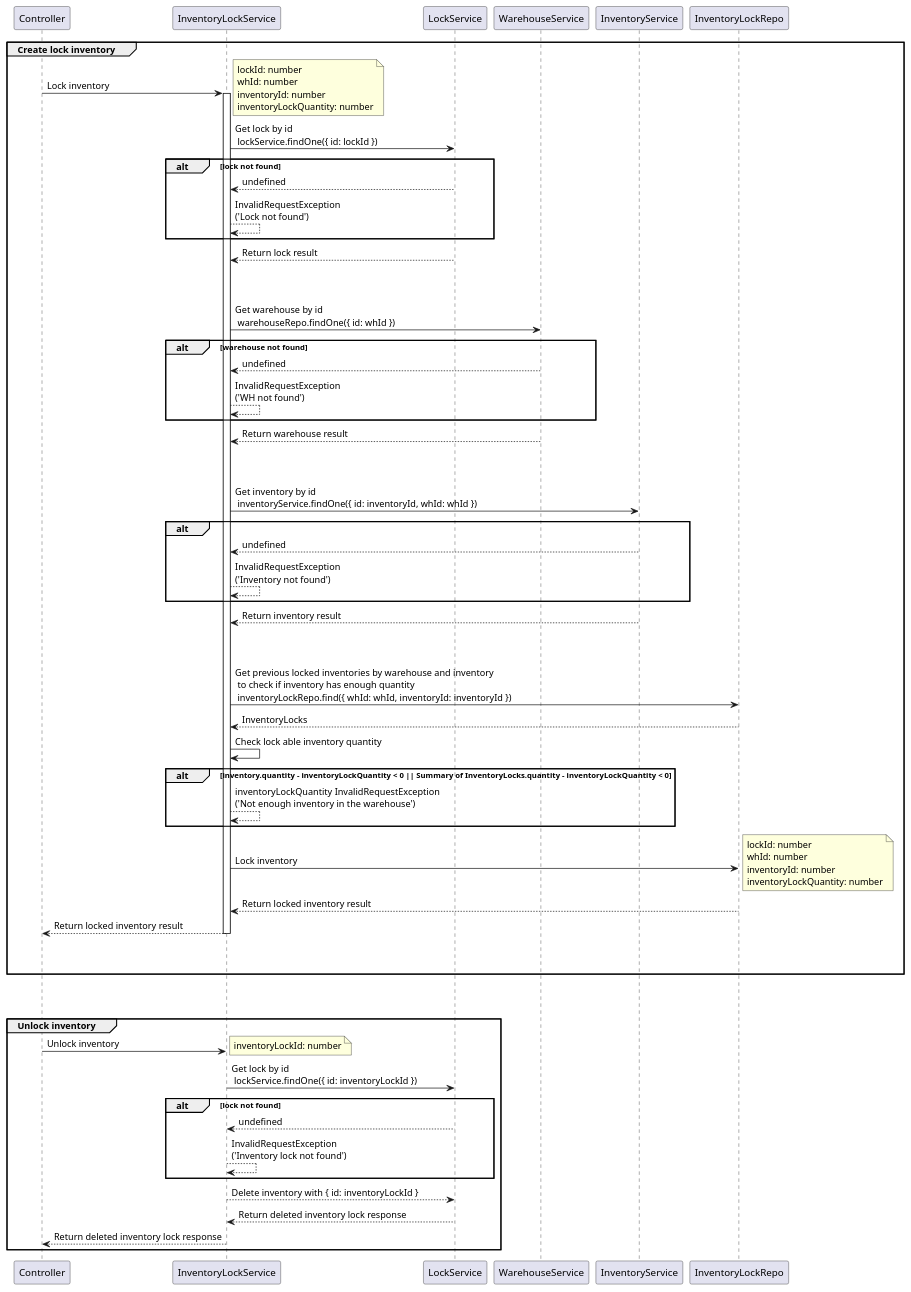
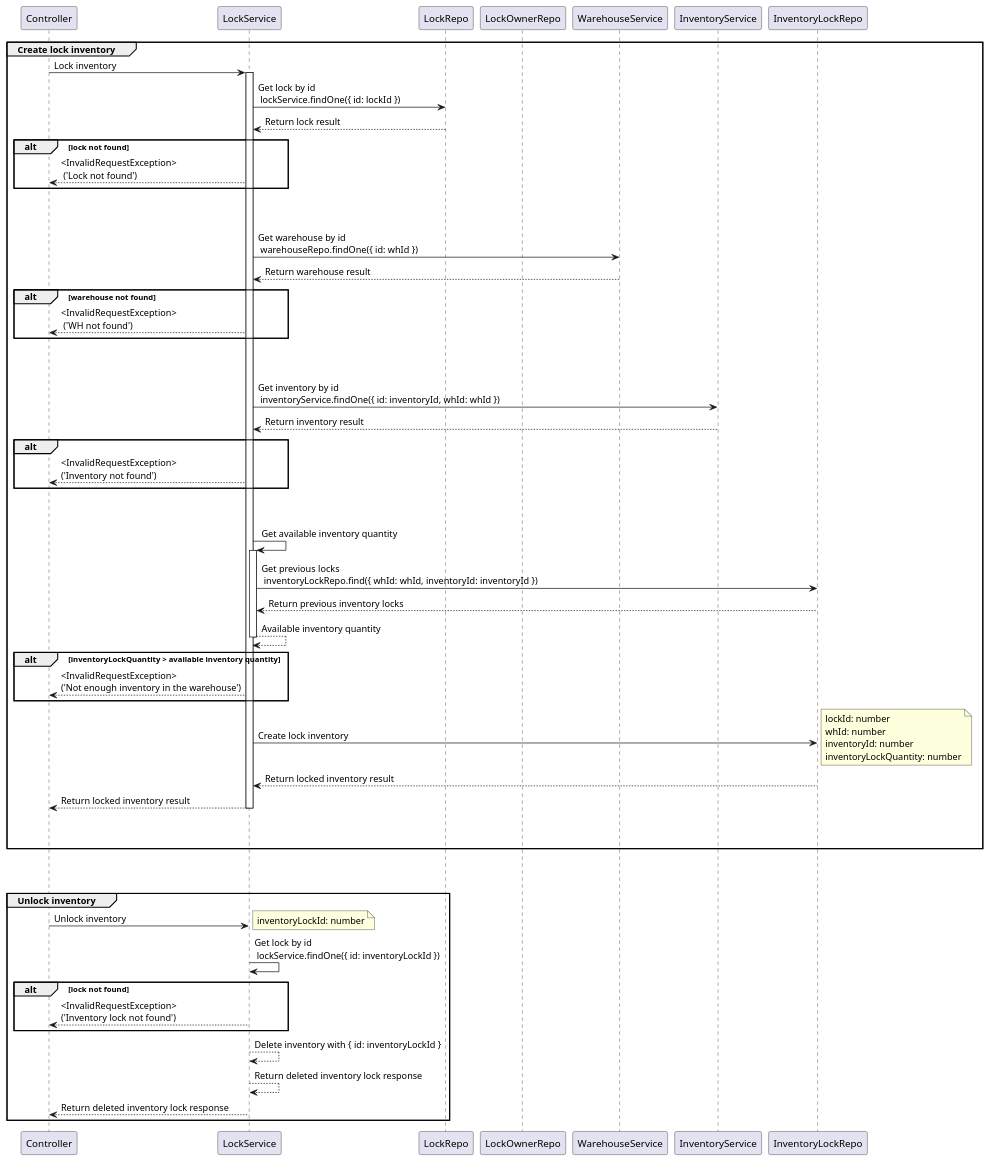
One commit to lodipay/lodipay-wms changed the diagram in docs/sequence-diagram/lock_inventory.md. Above: the diagram before and after it, drawn with PlantUML.

Commit message:
fix(doc): fixed lock inventory

```diff
--- a/docs/sequence-diagram/lock_inventory.md
+++ b/docs/sequence-diagram/lock_inventory.md
@@ -4,71 +4,66 @@
 @startuml
 
 participant "Controller" as controller
-participant "InventoryLockService" as service
 participant "LockService" as lockService
+participant "LockRepo" as lockRepo
+participant "LockOwnerRepo" as lockOwnerRepo
 participant "WarehouseService" as warehouseService
 participant "InventoryService" as inventoryService
 participant "InventoryLockRepo" as inventoryLockRepo
 
 group Create lock inventory
-    controller -> service ++: Lock inventory
-    note right
-        lockId: number
-        whId: number
-        inventoryId: number
-        inventoryLockQuantity: number
-    end note
+    controller -> lockService ++: Lock inventory
 
-    service -> lockService: Get lock by id \n lockService.findOne({ id: lockId })
+    lockService -> lockRepo: Get lock by id \n lockService.findOne({ id: lockId })
     
+    lockRepo --> lockService: Return lock result
+
     alt lock not found
-        lockService --> service: undefined
-        service --> service: InvalidRequestException\n('Lock not found')
+        lockService --> controller: <InvalidRequestException> \n ('Lock not found')
     end
-
-    lockService --> service: Return lock result
 
     |||
     |||
 
-    service -> warehouseService: Get warehouse by id \n warehouseRepo.findOne({ id: whId })
+    lockService -> warehouseService: Get warehouse by id \n warehouseRepo.findOne({ id: whId })
+
+    warehouseService --> lockService: Return warehouse result
 
     alt warehouse not found
-        warehouseService --> service: undefined
-        service --> service: InvalidRequestException\n('WH not found')
+        lockService --> controller: <InvalidRequestException> \n ('WH not found')
     end
 
-    warehouseService --> service: Return warehouse result
 
     |||
     |||
 
-    service -> inventoryService: Get inventory by id \n inventoryService.findOne({ id: inventoryId, whId: whId })
+    lockService -> inventoryService: Get inventory by id \n inventoryService.findOne({ id: inventoryId, whId: whId })
+
+    inventoryService --> lockService: Return inventory result
 
     alt
-        inventoryService --> service: undefined
-        service --> service: InvalidRequestException\n('Inventory not found')
+        lockService --> controller: <InvalidRequestException> \n('Inventory not found')
     end
 
-    inventoryService --> service: Return inventory result
 
     |||
     |||
 
-    ' service -> inventoryLockRepo: inventoryLockRepo.findOne({ whId: whId, inventoryId: inventoryId })
-    ' inventoryLockRepo --> service: InventoryLock
+    ' lockService -> inventoryLockRepo: inventoryLockRepo.findOne({ whId: whId, inventoryId: inventoryId })
+    ' inventoryLockRepo --> lockService: InventoryLock
 
-    service -> inventoryLockRepo: Get previous locked inventories by warehouse and inventory \n to check if inventory has enough quantity \n inventoryLockRepo.find({ whId: whId, inventoryId: inventoryId })
+    ' inventoryLockRepo --> lockService: InventoryLocks 
 
-    inventoryLockRepo --> service: InventoryLocks 
+    lockService -> lockService ++: Get available inventory quantity
+    lockService -> inventoryLockRepo: Get previous locks \n inventoryLockRepo.find({ whId: whId, inventoryId: inventoryId })
+    inventoryLockRepo --> lockService: Return previous inventory locks
+    lockService --> lockService --: Available inventory quantity
 
-    service -> service: Check lock able inventory quantity
-
-    alt inventory.quantity - inventoryLockQuantity < 0 || Summary of InventoryLocks.quantity - inventoryLockQuantity < 0
-        service --> service: inventoryLockQuantity InvalidRequestException\n('Not enough inventory in the warehouse')
+    alt inventoryLockQuantity > available inventory quantity
+        lockService --> controller: <InvalidRequestException> \n('Not enough inventory in the warehouse')
     end
 
-    service -> inventoryLockRepo: Lock inventory
+    lockService -> inventoryLockRepo: Create lock inventory
 
     note right
         lockId: number
@@ -77,9 +72,9 @@
         inventoryLockQuantity: number
     end note
 
-    inventoryLockRepo --> service: Return locked inventory result
+    inventoryLockRepo --> lockService: Return locked inventory result
 
-    service --> controller --: Return locked inventory result
+    lockService --> controller --: Return locked inventory result
 
     |||
     |||
@@ -89,24 +84,23 @@
 |||
 
 group Unlock inventory
-    controller -> service: Unlock inventory
+    controller -> lockService: Unlock inventory
 
     note right
         inventoryLockId: number
     end note
 
-    service -> lockService: Get lock by id \n lockService.findOne({ id: inventoryLockId })
+    lockService -> lockService: Get lock by id \n lockService.findOne({ id: inventoryLockId })
 
     alt lock not found
-        lockService --> service: undefined
-        service --> service: InvalidRequestException\n('Inventory lock not found')
+        lockService --> controller: <InvalidRequestException> \n('Inventory lock not found')
     end
 
-    service --> lockService: Delete inventory with { id: inventoryLockId }
+    lockService --> lockService: Delete inventory with { id: inventoryLockId }
 
-    lockService --> service: Return deleted inventory lock response
+    lockService --> lockService: Return deleted inventory lock response
 
-    service --> controller: Return deleted inventory lock response
+    lockService --> controller: Return deleted inventory lock response
 end
 
 @enduml
```
